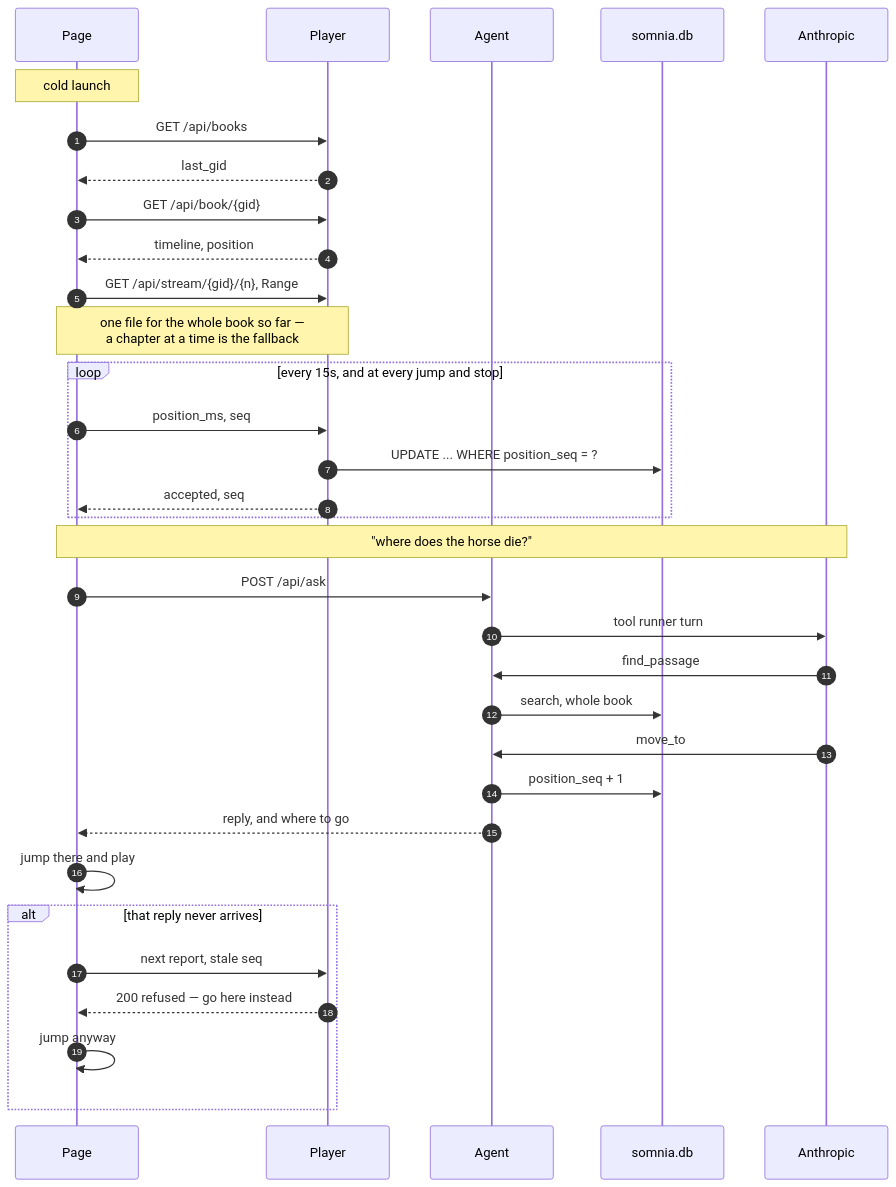
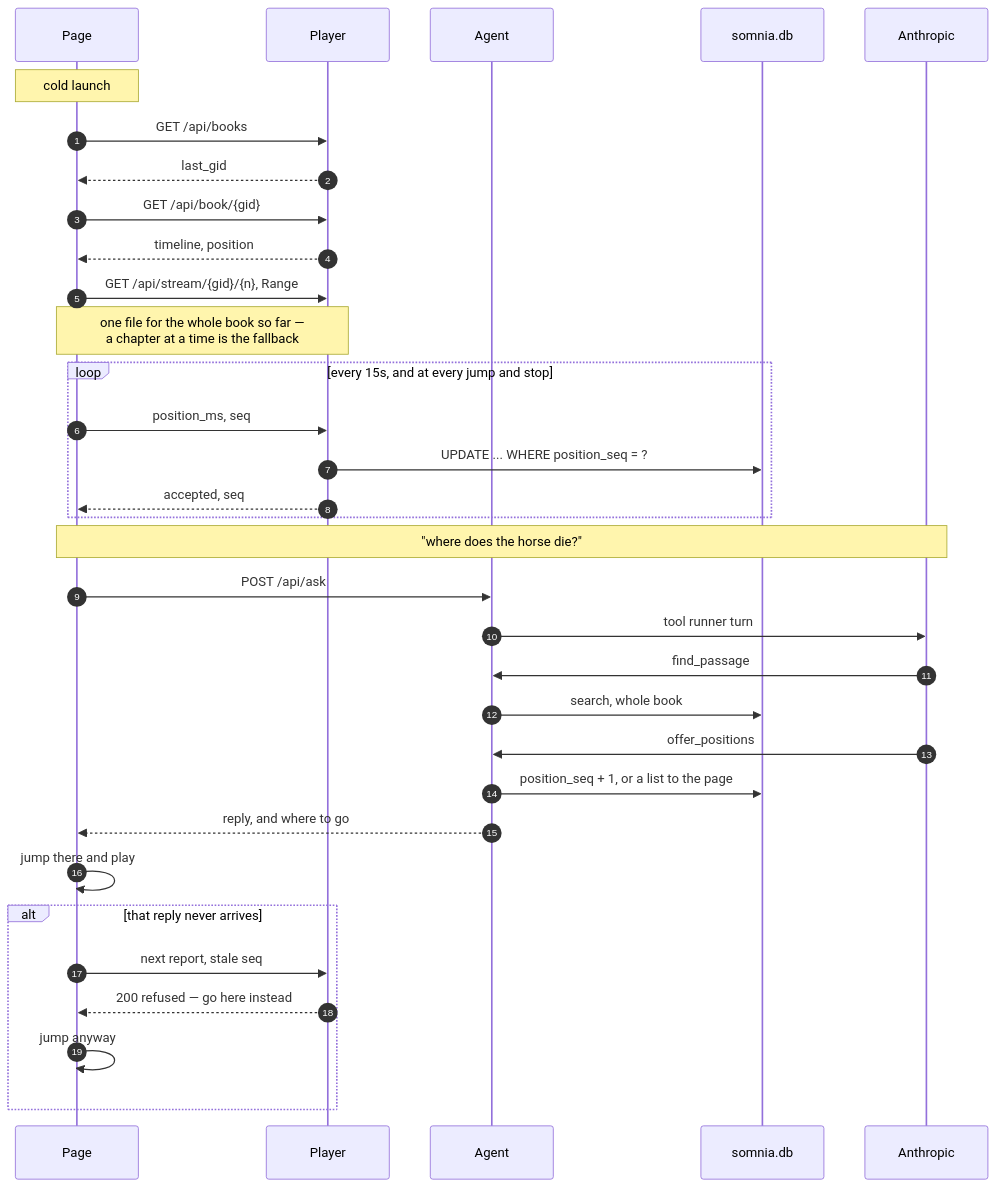
Before and after one commit to gilesknap/somnia: the fourth of 5 diagrams in docs/explanations/architecture.md, drawn with Mermaid. The commit also changed other lines of this file and 9 other files, not shown here.

````diff
--- a/docs/explanations/architecture.md
+++ b/docs/explanations/architecture.md
@@ -269,39 +269,39 @@
 ```mermaid
 sequenceDiagram
   autonumber
   participant P as Page
   participant PL as Player
   participant AG as Agent
   participant DB as somnia.db
   participant AN as Anthropic
 
   Note over P: cold launch
   P->>PL: GET /api/books
   PL-->>P: last_gid
   P->>PL: GET /api/book/{gid}
   PL-->>P: timeline, position
   P->>PL: GET /api/stream/{gid}/{n}, Range
   Note over P,PL: one file for the whole book so far —<br>a chapter at a time is the fallback
 
   loop every 15s, and at every jump and stop
     P->>PL: position_ms, seq
     PL->>DB: UPDATE ... WHERE position_seq = ?
     PL-->>P: accepted, seq
   end
 
   Note over P,AN: "where does the horse die?"
   P->>AG: POST /api/ask
   AG->>AN: tool runner turn
   AN->>AG: find_passage
   AG->>DB: search, whole book
-  AN->>AG: move_to
-  AG->>DB: position_seq + 1
+  AN->>AG: offer_positions
+  AG->>DB: position_seq + 1, or a list to the page
   AG-->>P: reply, and where to go
   P->>P: jump there and play
 
   alt that reply never arrives
     P->>PL: next report, stale seq
     PL-->>P: 200 refused — go here instead
     P->>P: jump anyway
   end
 ```
````
